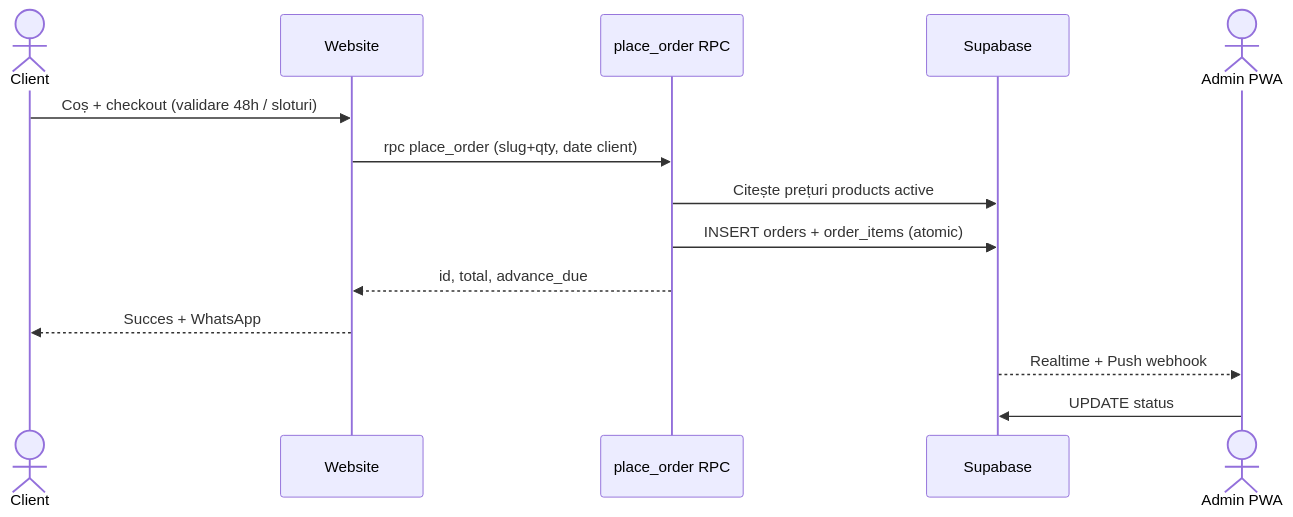
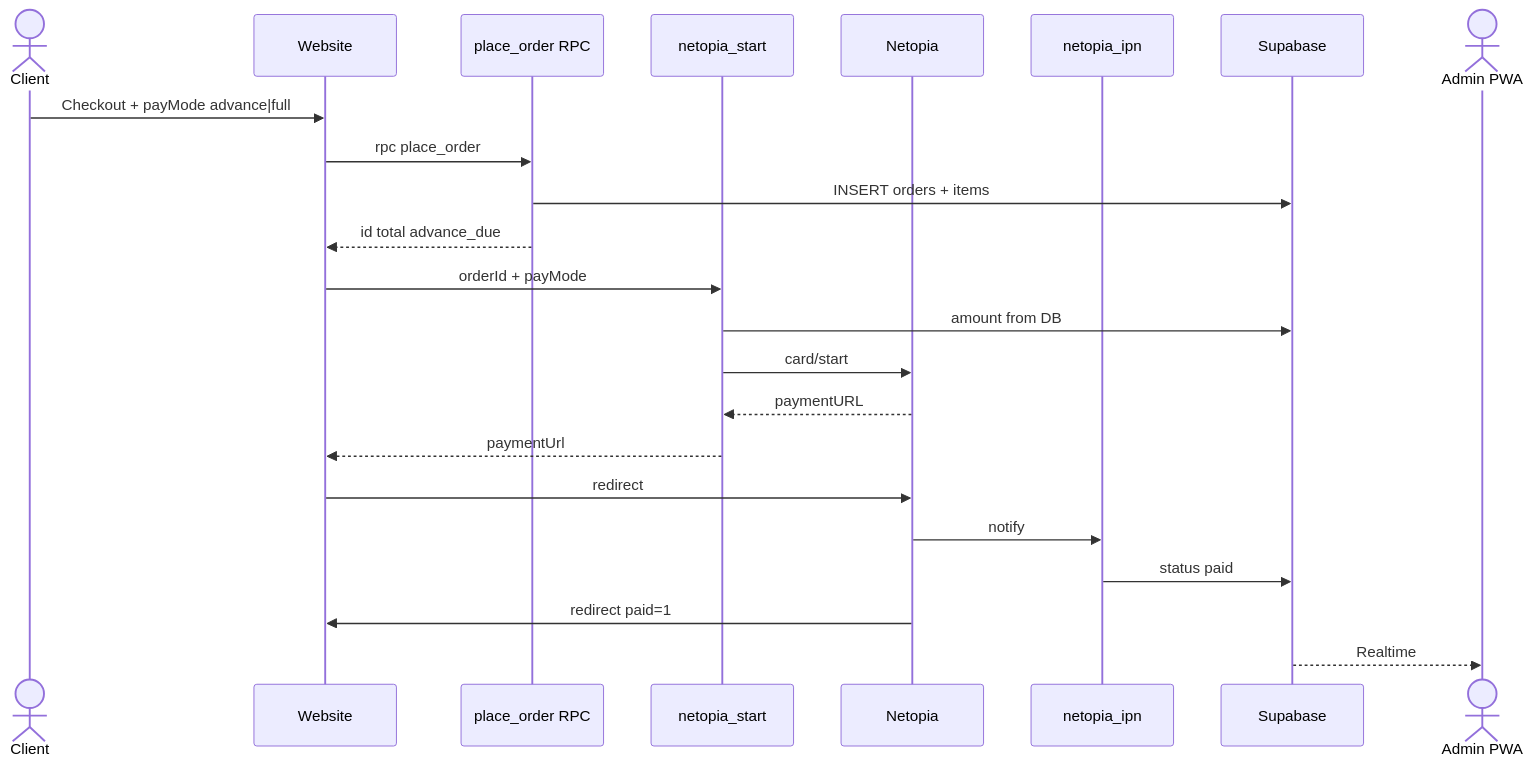
The second of 2 diagrams in Arhitectura Sistemului.md (EmanuelRado/biocake), drawn with Mermaid before and after one commit. The commit also changed other lines of this file and 14 other files, not shown here.

First line of the commit message:
Add Netopia Payments: 50%/100% checkout with start and IPN Edge Functions.

````diff
--- a/Arhitectura Sistemului.md
+++ b/Arhitectura Sistemului.md
@@ -108,17 +113,26 @@
 ```mermaid
 sequenceDiagram
     actor Client
     participant FE as Website
     participant RPC as place_order RPC
+    participant Start as netopia_start
+    participant Netopia
+    participant IPN as netopia_ipn
     participant DB as Supabase
     actor Admin as Admin PWA
 
-    Client->>FE: Coș + checkout (validare 48h / sloturi)
-    FE->>RPC: rpc place_order (slug+qty, date client)
-    RPC->>DB: Citește prețuri products active
-    RPC->>DB: INSERT orders + order_items (atomic)
-    RPC-->>FE: id, total, advance_due
-    FE-->>Client: Succes + WhatsApp
-    DB-->>Admin: Realtime + Push webhook
-    Admin->>DB: UPDATE status
+    Client->>FE: Checkout + payMode advance|full
+    FE->>RPC: rpc place_order
+    RPC->>DB: INSERT orders + items
+    RPC-->>FE: id total advance_due
+    FE->>Start: orderId + payMode
+    Start->>DB: amount from DB
+    Start->>Netopia: card/start
+    Netopia-->>Start: paymentURL
+    Start-->>FE: paymentUrl
+    FE->>Netopia: redirect
+    Netopia->>IPN: notify
+    IPN->>DB: status paid
+    Netopia->>FE: redirect paid=1
+    DB-->>Admin: Realtime
 ```
````
